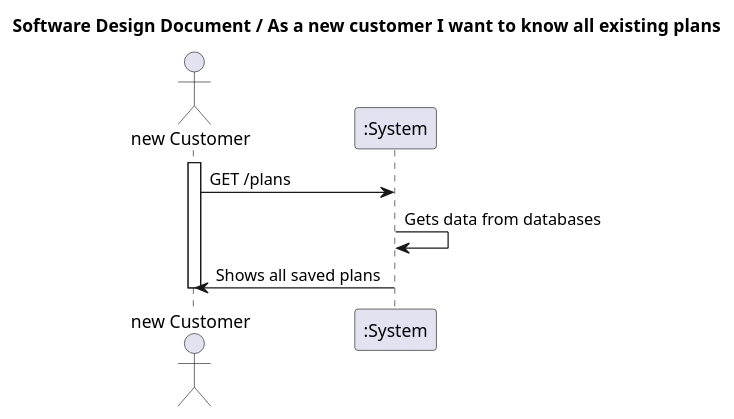
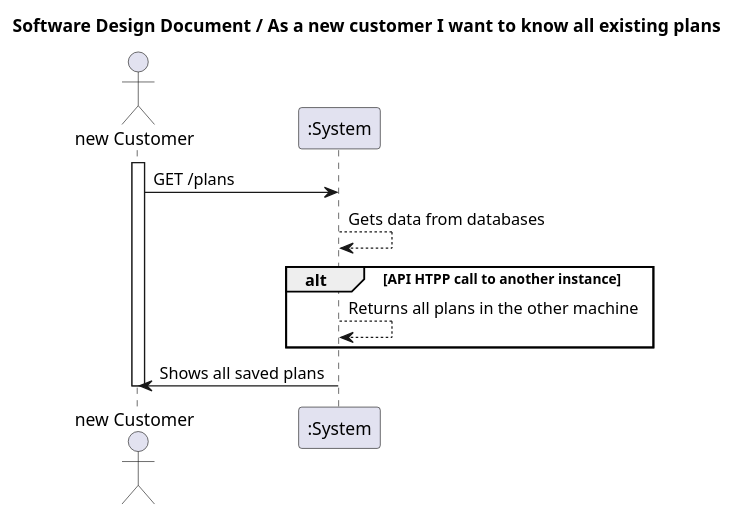
The diagram in docs_sidis/Plans/WP#1A/US04/US04/SDD.puml (IsepMartimOliveira/SIDIS), drawn with PlantUML before and after one commit. The commit also changed 5 other files, not shown here.

```diff
--- a/docs_sidis/Plans/WP#1A/US04/US04/SDD.puml
+++ b/docs_sidis/Plans/WP#1A/US04/US04/SDD.puml
@@ -1,12 +1,15 @@
 @startuml
 'https://plantuml.com/sequence-diagram
 actor "new Customer" as MD
 title  Software Design Document / As a new customer I want to know all existing plans
 
 activate MD
 MD -> ":System" : GET /plans
-":System" -> ":System" : Gets data from databases
+":System" --> ":System" : Gets data from databases
+alt API HTPP call to another instance
+":System"-->":System":Returns all plans in the other machine
+end
 ":System" -> MD: Shows all saved plans
 
 deactivate MD
 @enduml
```
